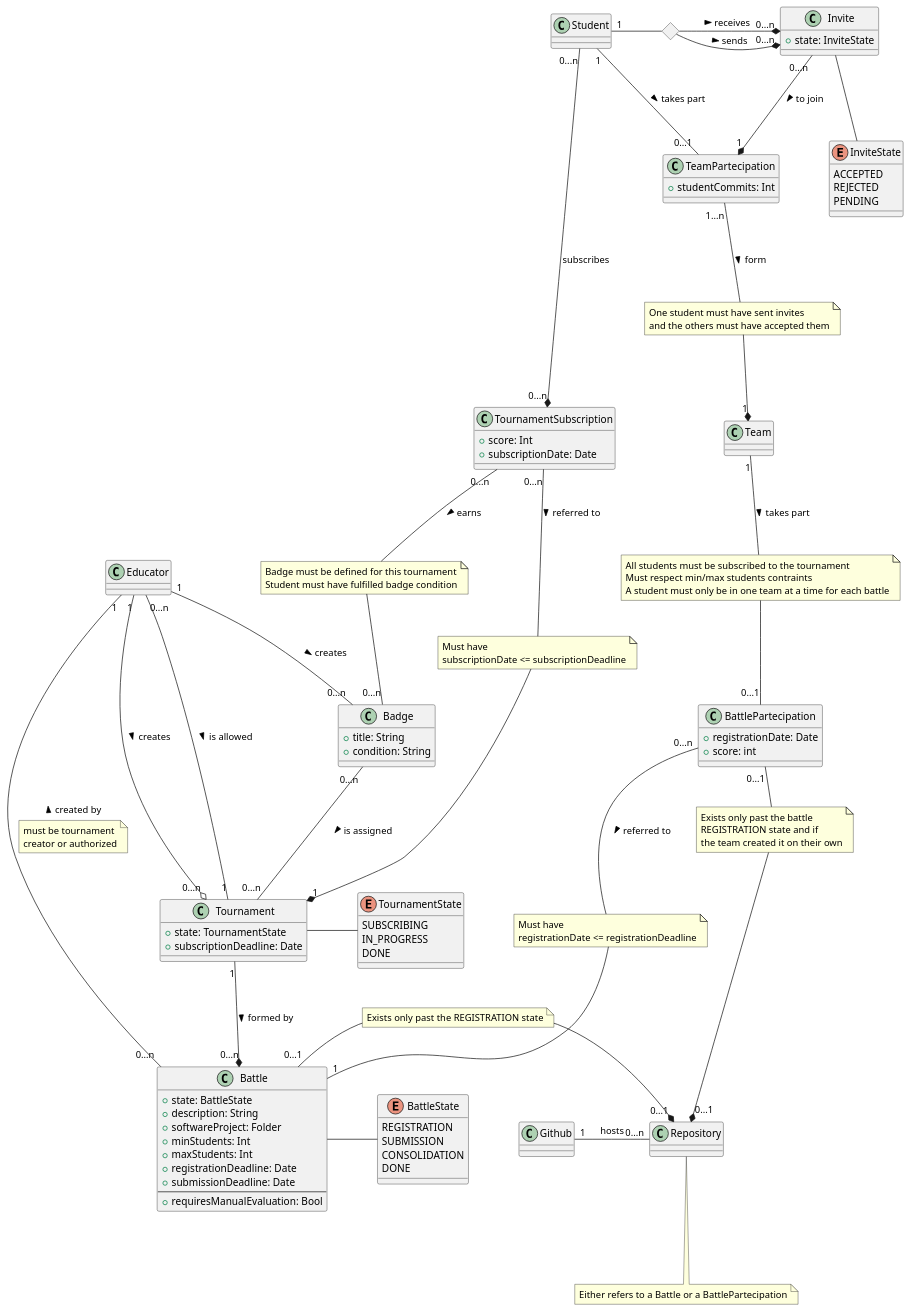
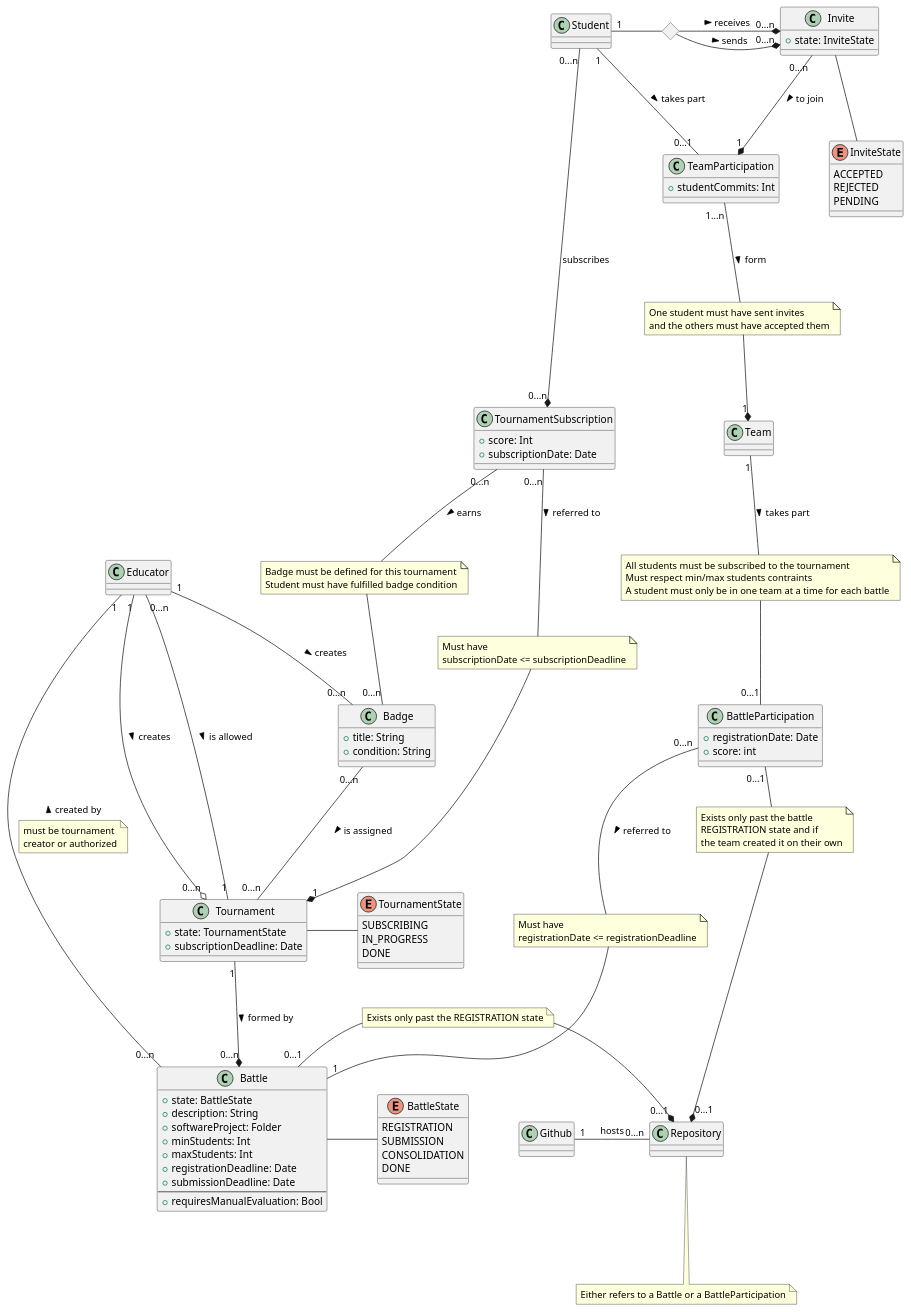
One commit to Furrrlo/CodeKataBattle changed the diagram in rasd/puml/class-diagram.puml. Above: the diagram before and after it, drawn with PlantUML. The commit also changed 8 other files, not shown here.

```diff
--- a/rasd/puml/class-diagram.puml
+++ b/rasd/puml/class-diagram.puml
@@ -1,162 +1,162 @@
 @startuml
 
 skinparam nodesep 70
 skinparam ranksep 100
 
 class Educator {
 }
 
 class Student {
 }
 
 <> inviteDiamond
 
 Student "1" - inviteDiamond
 inviteDiamond -* "0...n" Invite: > sends
 inviteDiamond -* "0...n" Invite: > receives<U+00A0><U+00A0>
-Invite "0...n" -* "1" TeamPartecipation: > to join
+Invite "0...n" -* "1" TeamParticipation: > to join
 
 Invite -- InviteState
 
 class Invite {
   +state: InviteState
 }
 
 enum InviteState {
     ACCEPTED
     REJECTED
     PENDING
 }
 
-Student "1" -down- "0...1" TeamPartecipation: > takes part
+Student "1" -down- "0...1" TeamParticipation: > takes part
 
-class TeamPartecipation {
+class TeamParticipation {
   +studentCommits: Int
 }
 
-note as TeamPartecipationToTeam
+note as TeamParticipationToTeam
 One student must have sent invites
 and the others must have accepted them
 end note
-TeamPartecipation "1...n" -down- TeamPartecipationToTeam: > form
-TeamPartecipationToTeam -down-* "1" Team
+TeamParticipation "1...n" -down- TeamParticipationToTeam: > form
+TeamParticipationToTeam -down-* "1" Team
 
 class Team {
 }
 
-note as TeamToBattlePartecipation
+note as TeamToBattleParticipation
 All students must be subscribed to the tournament
 Must respect min/max students contraints
 A student must only be in one team at a time for each battle
 end note
-Team "1" -d- TeamToBattlePartecipation: > takes part
-TeamToBattlePartecipation -d- "0...1" BattlePartecipation
+Team "1" -d- TeamToBattleParticipation: > takes part
+TeamToBattleParticipation -d- "0...1" BattleParticipation
 
-class BattlePartecipation {
+class BattleParticipation {
   +registrationDate: Date
   +score: int
 }
 
 Student "0...n" -down-* "0...n" TournamentSubscription: subscribes
 
 class TournamentSubscription {
   +score: Int
   +subscriptionDate: Date
 }
 
 note as TournamentSubscriptionToTournament
 Must have
 subscriptionDate <= subscriptionDeadline
 end note
 TournamentSubscription "0...n" -down- TournamentSubscriptionToTournament: > referred to
 TournamentSubscriptionToTournament -down-* "1" Tournament
 
 class Tournament {
   +state: TournamentState
   +subscriptionDeadline: Date
 }
 
 enum TournamentState {
   SUBSCRIBING
   IN_PROGRESS
   DONE
 }
 
-note as BattlePartecipationToBattle
+note as BattleParticipationToBattle
 Must have 
 registrationDate <= registrationDeadline
 end note
-BattlePartecipation "0...n" -down- BattlePartecipationToBattle: > referred to
-BattlePartecipationToBattle -down- "1" Battle
+BattleParticipation "0...n" -down- BattleParticipationToBattle: > referred to
+BattleParticipationToBattle -down- "1" Battle
 
 class Battle {
   +state: BattleState
   +description: String
   +softwareProject: Folder
   +minStudents: Int
   +maxStudents: Int
   +registrationDeadline: Date
   +submissionDeadline: Date
   ----
   +requiresManualEvaluation: Bool
 }
 
 enum BattleState {
   REGISTRATION
   SUBMISSION
   CONSOLIDATION
   DONE
 }
 
 class Repository {
 }
-note bottom of Repository: Either refers to a Battle or a BattlePartecipation
+note bottom of Repository: Either refers to a Battle or a BattleParticipation
 
 class Github {
 }
 
 class Badge {
   +title: String
   +condition: String
 }
 
 Educator "1" --o "0...n" Tournament: > creates
 Educator "0...n" -- "1" Tournament : > is allowed
 Educator "1" -- "0...n" Battle : < created by
 note on link 
 must be tournament 
 creator or authorized
 end note
 
 Tournament - TournamentState
 
 Tournament "1" --* "0...n" Battle: > formed by
 
 Battle - BattleState
 
 Battle "0...1" -* "0...1" Repository
 note on link
 Exists only past the REGISTRATION state
 end note
 
-note as BattlePartecipationToRepository
+note as BattleParticipationToRepository
 Exists only past the battle 
 REGISTRATION state and if 
 the team created it on their own
 end note
-BattlePartecipation "0...1" - BattlePartecipationToRepository
-BattlePartecipationToRepository -* "0...1" Repository
+BattleParticipation "0...1" - BattleParticipationToRepository
+BattleParticipationToRepository -* "0...1" Repository
 
 Github "1" - "0...n" Repository: hosts
 
 note as TournamentSubscriptionToBadge
 Badge must be defined for this tournament
 Student must have fulfilled badge condition
 end note
 TournamentSubscription "0...n" -- TournamentSubscriptionToBadge : > earns
 TournamentSubscriptionToBadge -- "0...n" Badge
 
 Educator "1" -- "0...n" Badge : > creates
 Badge "0...n" -- "0...n" Tournament : > is assigned
 
 @enduml
```
